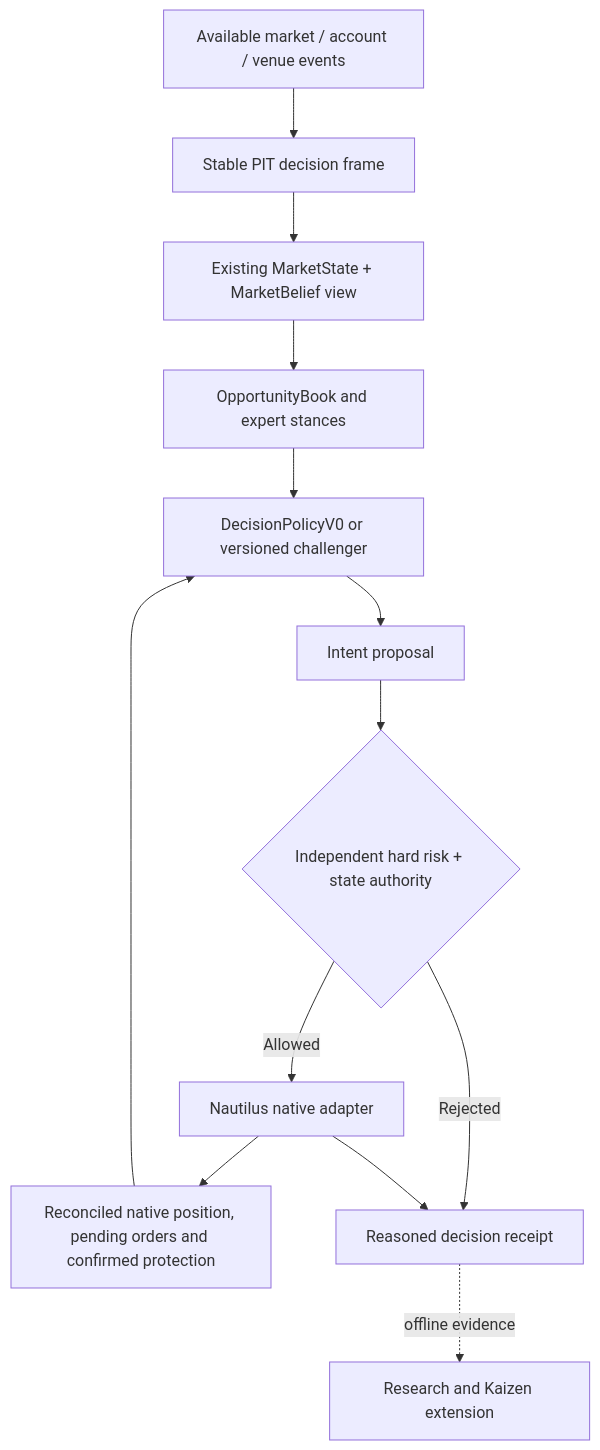
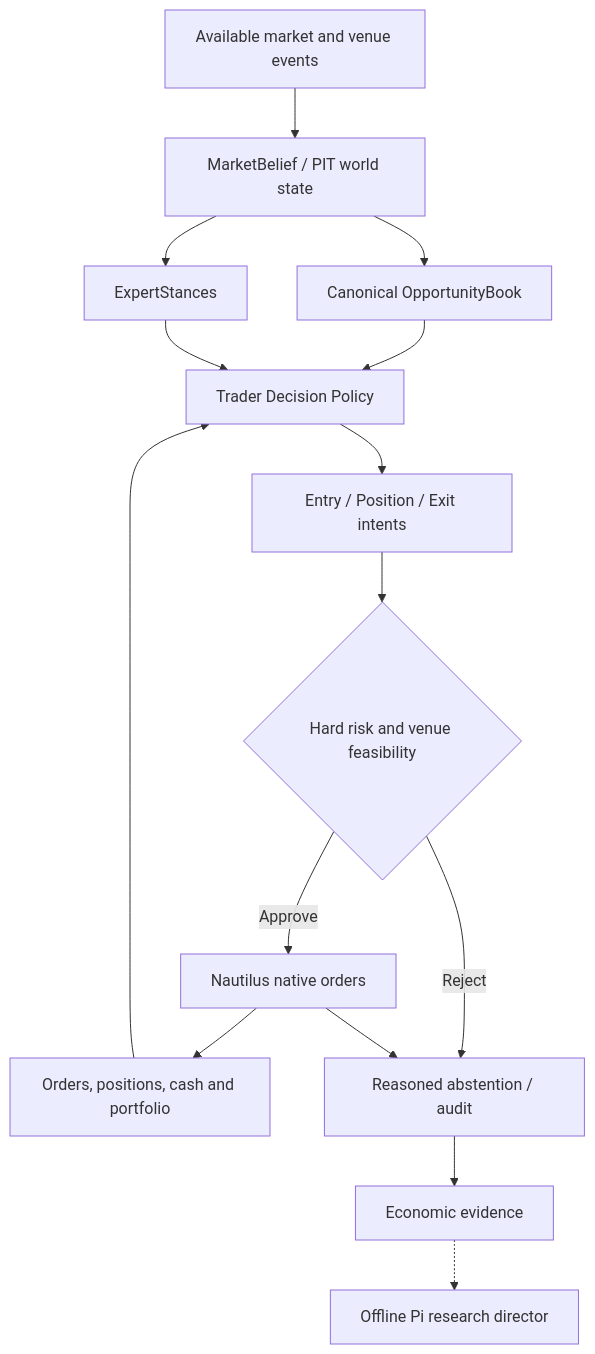
One commit to ddawnlll/v8 changed the first of 2 diagrams in docs/v9/V9_ARCHITECTURE_MONOGRAPH.md. Above: the diagram before and after it, drawn with Mermaid. The commit also changed other lines of this file, not shown here.

Commit message:
docs(v9): restore original RFC 1.0 adaptive trader monograph as canonical main source

````diff
--- a/docs/v9/V9_ARCHITECTURE_MONOGRAPH.md
+++ b/docs/v9/V9_ARCHITECTURE_MONOGRAPH.md
@@ -261,15 +218,17 @@
 ```mermaid
 flowchart TD
-  MD[Available market / account / venue events] --> SF[Stable PIT decision frame]
-  SF --> EV[Existing MarketState + MarketBelief view]
-  EV --> OP[OpportunityBook and expert stances]
-  OP --> DP[DecisionPolicyV0 or versioned challenger]
-  PN[Reconciled native position, pending orders and confirmed protection] --> DP
-  DP --> IN[Intent proposal]
-  IN --> RG{Independent hard risk + state authority}
-  RG -->|Allowed| NT[Nautilus native adapter]
-  RG -->|Rejected| RE[Reasoned decision receipt]
-  NT --> PN
-  NT --> RE
-  RE -. offline evidence .-> KA[Research and Kaizen extension]
+  MD[Available market and venue events] --> BL[MarketBelief / PIT world state]
+  BL --> OP[Canonical OpportunityBook]
+  BL --> EX[ExpertStances]
+  OP --> DC[Trader Decision Policy]
+  EX --> DC
+  PO[Orders, positions, cash and portfolio] --> DC
+  DC --> IN[Entry / Position / Exit intents]
+  IN --> RG{Hard risk and venue feasibility}
+  RG -->|Approve| NA[Nautilus native orders]
+  RG -->|Reject| AU[Reasoned abstention / audit]
+  NA --> PO
+  NA --> AU
+  AU --> EV[Economic evidence]
+  EV -.-> PR[Offline Pi research director]
 ```
````
